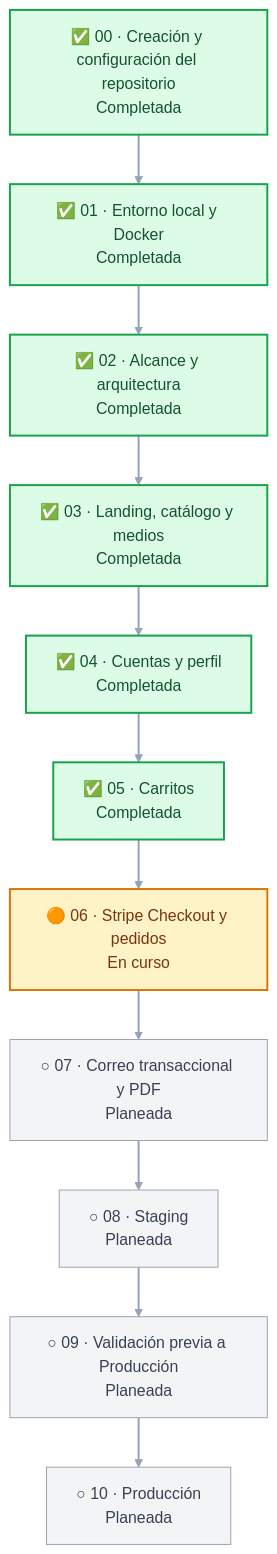
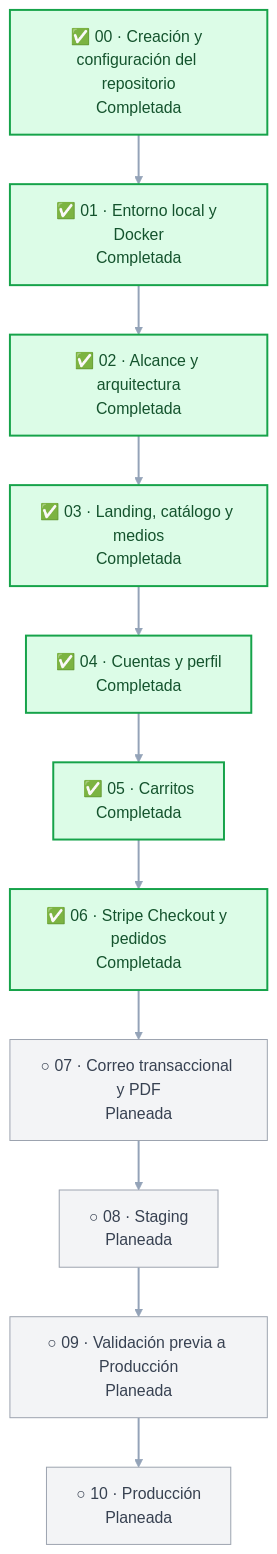
Before and after one commit to sadamlg/sr_del_mictlan: the diagram in docs/ROADMAP.md, drawn with Mermaid (forest theme). The commit also changed other lines of this file and 1 other file, not shown here.

Commit message:
docs: close phase 06 checkout and orders

````diff
--- a/docs/ROADMAP.md
+++ b/docs/ROADMAP.md
@@ -23,24 +23,23 @@
 ```mermaid
 flowchart TB
     p00["✅ 00 · Creación y configuración del repositorio<br/>Completada"] --> p01
     p01["✅ 01 · Entorno local y Docker<br/>Completada"] --> p02["✅ 02 · Alcance y arquitectura<br/>Completada"]
     p02 --> p03["✅ 03 · Landing, catálogo y medios<br/>Completada"]
     p03 --> p04["✅ 04 · Cuentas y perfil<br/>Completada"]
     p04 --> p05["✅ 05 · Carritos<br/>Completada"]
-    p05 --> p06["🟠 06 · Stripe Checkout y pedidos<br/>En curso"]
+    p05 --> p06["✅ 06 · Stripe Checkout y pedidos<br/>Completada"]
     p06 --> p07["○ 07 · Correo transaccional y PDF<br/>Planeada"]
     p07 --> p08["○ 08 · Staging<br/>Planeada"]
     p08 --> p09["○ 09 · Validación previa a Producción<br/>Planeada"]
     p09 --> p10["○ 10 · Producción<br/>Planeada"]
 
     classDef completed fill:#dcfce7,stroke:#16a34a,color:#14532d,stroke-width:2px;
     classDef active fill:#fef3c7,stroke:#d97706,color:#78350f,stroke-width:2px;
     classDef restart fill:#ede9fe,stroke:#7c3aed,color:#4c1d95,stroke-width:2px;
     classDef planned fill:#f3f4f6,stroke:#9ca3af,color:#374151;
 
-    class p00,p01,p02,p03,p04,p05 completed;
-    class p06 active;
+    class p00,p01,p02,p03,p04,p05,p06 completed;
     class p07,p08,p09,p10 planned;
 
     linkStyle default stroke:#94a3b8,stroke-width:2px;
 ```
````
